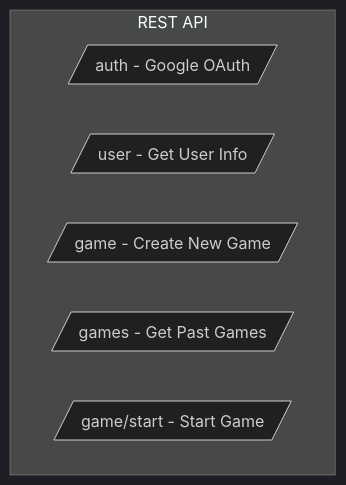
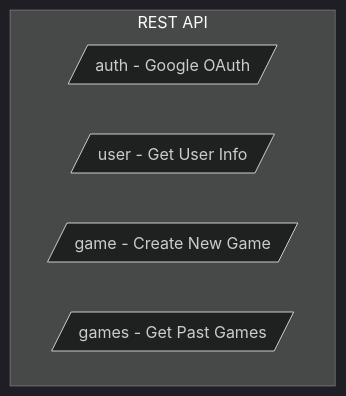
The fourth of 6 diagrams in README.md (MR-DHRUV/Snake-and-ladders), drawn with Mermaid (dark theme) before and after one commit. The commit also changed other lines of this file, not shown here.

````diff
--- a/README.md
+++ b/README.md
@@ -132,10 +134,9 @@
 ```mermaid
 graph TD
     subgraph "REST API"
         Auth[/auth - Google OAuth/]
         User[/user - Get User Info/]
         CreateGame[/game - Create New Game/]
         GetGames[/games - Get Past Games/]
-        StartGame[/game/start - Start Game/]
     end
 ```
````
